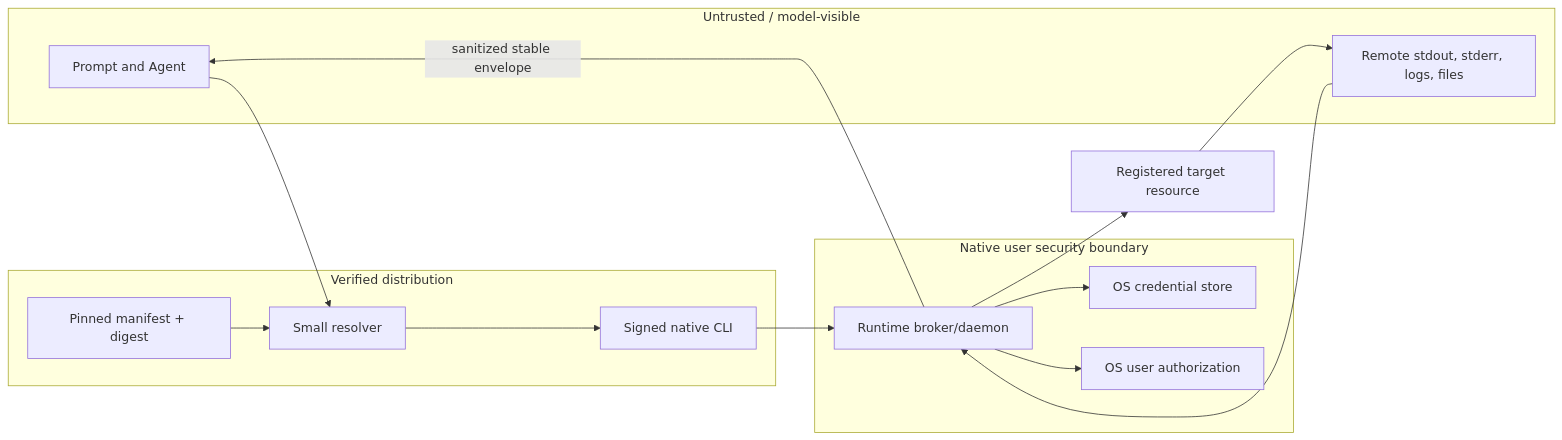
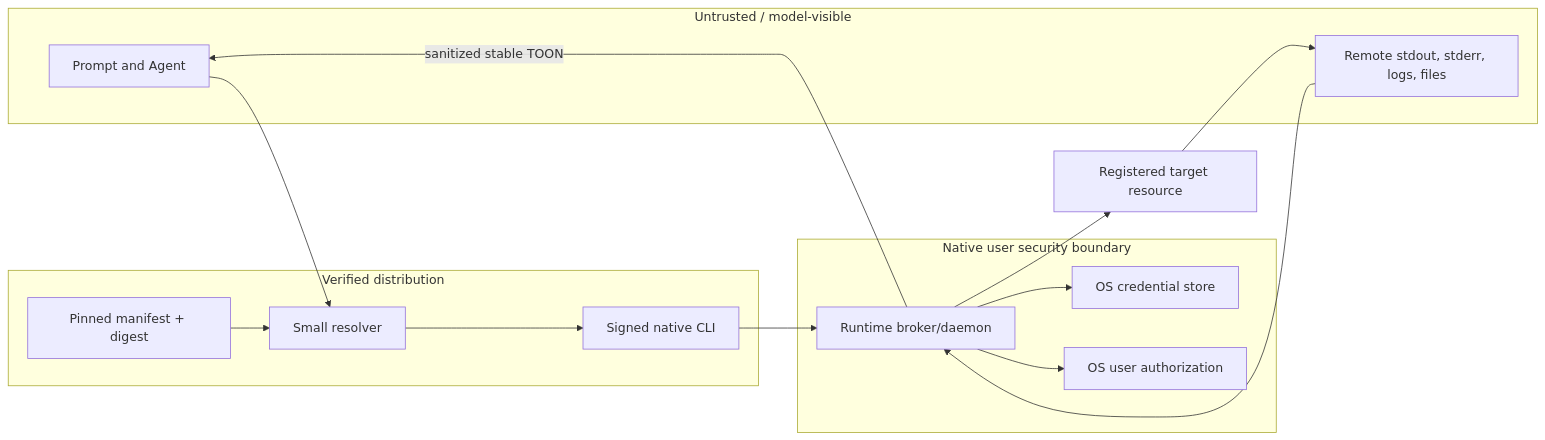
The third of 3 diagrams in docs/architecture.md (juju-w/safa), drawn with Mermaid before and after one commit. The commit also changed other lines of this file and 33 other files, not shown here.

````diff
--- a/docs/architecture.md
+++ b/docs/architecture.md
@@ -100,26 +117,26 @@
 ```mermaid
 flowchart LR
     subgraph Untrusted["Untrusted / model-visible"]
       Prompt["Prompt and Agent"]
       Output["Remote stdout, stderr, logs, files"]
     end
     subgraph Verified["Verified distribution"]
       Launcher["Small resolver"]
       Manifest["Pinned manifest + digest"]
       CLI["Signed native CLI"]
     end
     subgraph Native["Native user security boundary"]
       Broker["Runtime broker/daemon"]
       Vault["OS credential store"]
       Consent["OS user authorization"]
     end
     Target["Registered target resource"]
 
     Prompt --> Launcher --> CLI --> Broker
     Manifest --> Launcher
     Broker --> Vault
     Broker --> Consent
     Broker --> Target
     Target --> Output --> Broker
-    Broker -->|"sanitized stable envelope"| Prompt
+    Broker -->|"sanitized stable TOON"| Prompt
 ```
````
